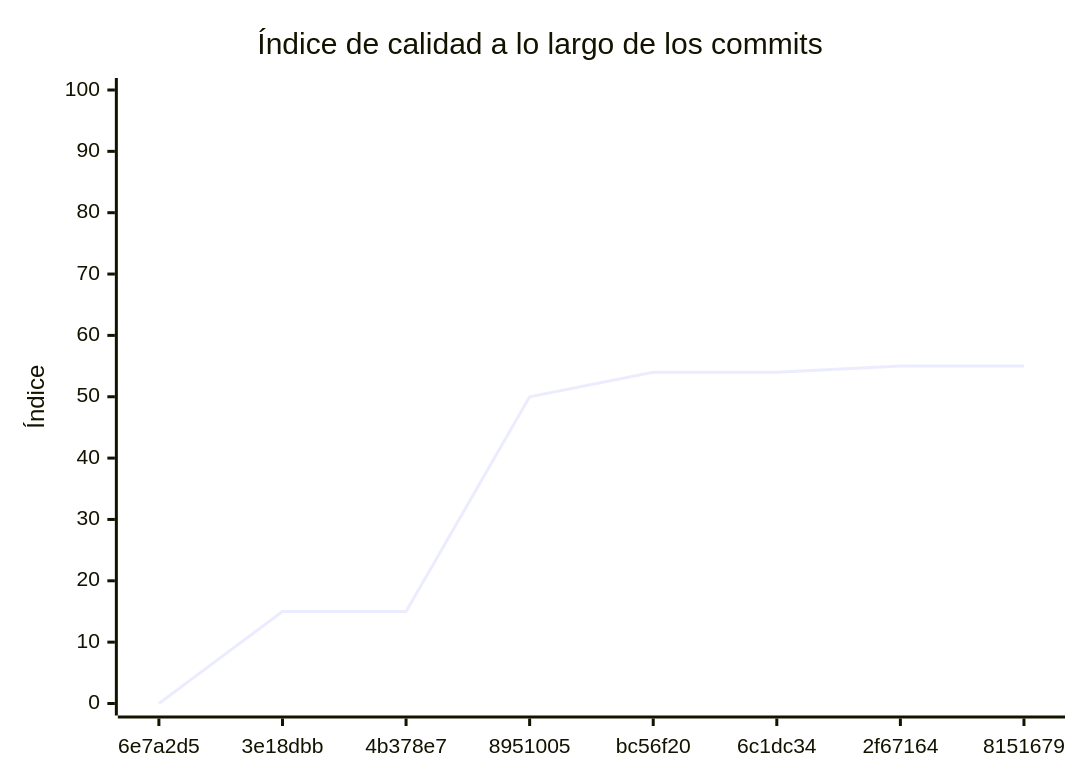
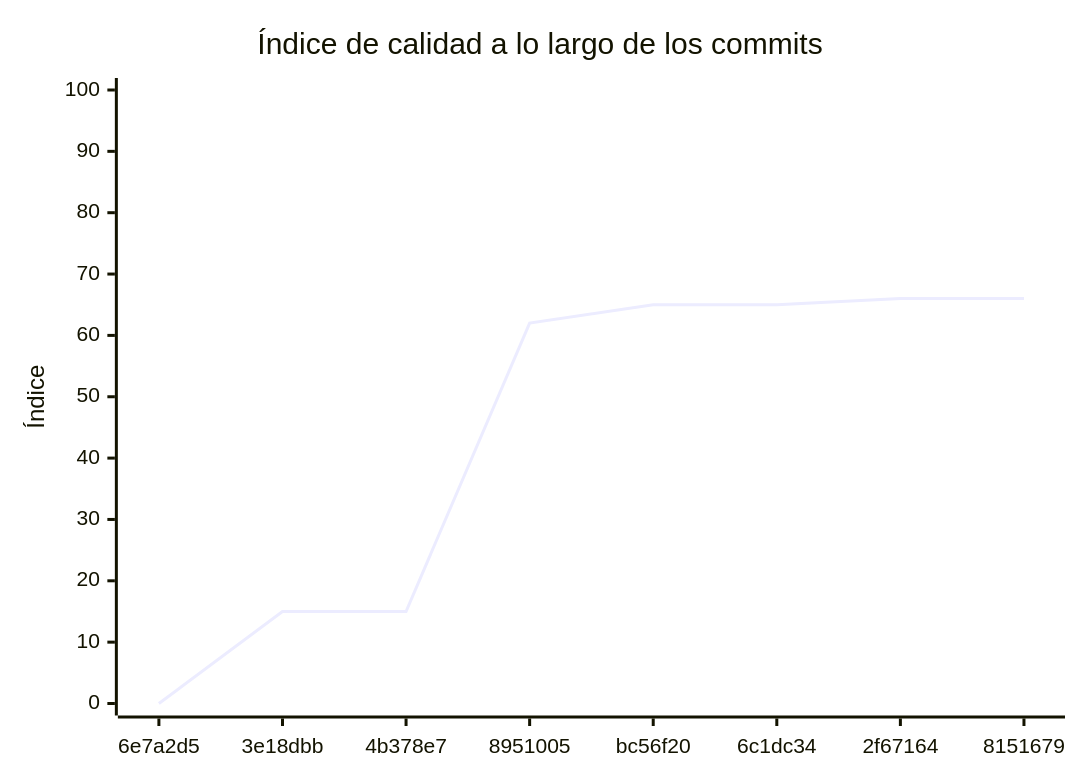
The diagram in docs/EVALUACION.md (Programacion2-IgnacioMilutin-2026/turnos_service), drawn with Mermaid before and after one commit. The commit also changed other lines of this file and 1 other file, not shown here.

````diff
--- a/docs/EVALUACION.md
+++ b/docs/EVALUACION.md
@@ -785,7 +371,7 @@
 ```mermaid
 xychart-beta
     title "Índice de calidad a lo largo de los commits"
     x-axis ["6e7a2d5", "3e18dbb", "4b378e7", "8951005", "bc56f20", "6c1dc34", "2f67164", "8151679"]
     y-axis "Índice" 0 --> 100
-    line [0, 15, 15, 50, 54, 54, 55, 55]
+    line [0, 15, 15, 62, 65, 65, 66, 66]
 ```
````
